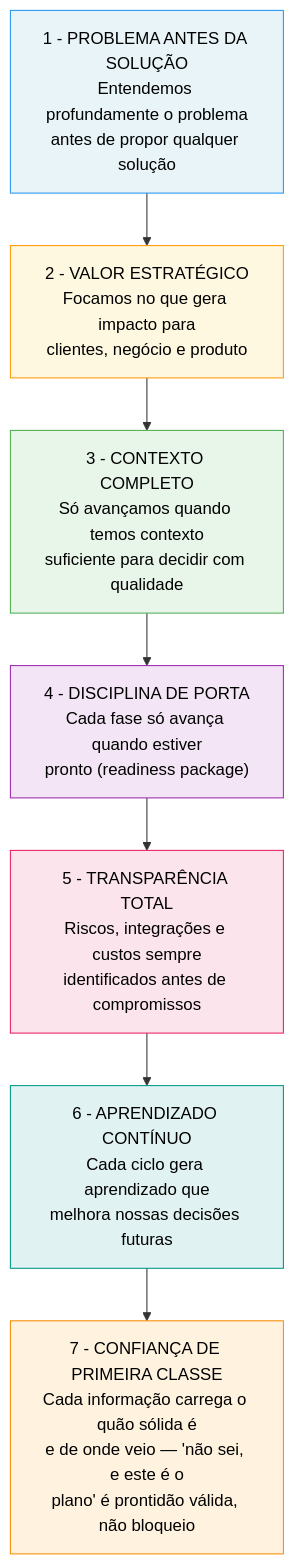
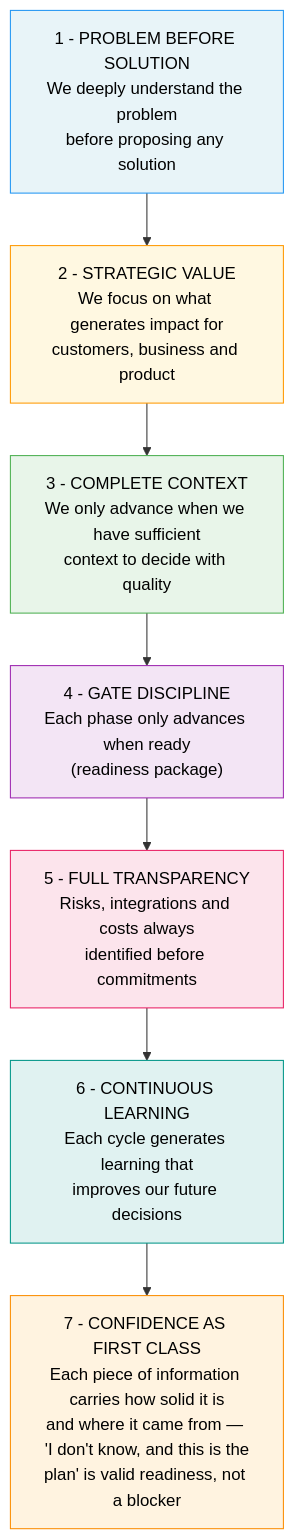
Before and after one commit to hugo-hsbtech/teamwork-process: the tenth of 11 diagrams in README.md, drawn with Mermaid. The commit also changed other lines of this file and 63 other files, not shown here.

````diff
--- a/README.md
+++ b/README.md
@@ -476,20 +476,20 @@
 ```mermaid
 flowchart TD
-    R1["1 - PROBLEMA ANTES DA SOLUÇÃO\nEntendemos profundamente o problema\nantes de propor qualquer solução"]
-    R2["2 - VALOR ESTRATÉGICO\nFocamos no que gera impacto para\nclientes, negócio e produto"]
-    R3["3 - CONTEXTO COMPLETO\nSó avançamos quando temos contexto\nsuficiente para decidir com qualidade"]
-    R4["4 - DISCIPLINA DE PORTA\nCada fase só avança quando estiver\npronto (readiness package)"]
-    R5["5 - TRANSPARÊNCIA TOTAL\nRiscos, integrações e custos sempre\nidentificados antes de compromissos"]
-    R6["6 - APRENDIZADO CONTÍNUO\nCada ciclo gera aprendizado que\nmelhora nossas decisões futuras"]
-    R7["7 - CONFIANÇA DE PRIMEIRA CLASSE\nCada informação carrega o quão sólida é\ne de onde veio — 'não sei, e este é o\nplano' é prontidão válida, não bloqueio"]
+    R1["1 - PROBLEM BEFORE SOLUTION\nWe deeply understand the problem\nbefore proposing any solution"]
+    R2["2 - STRATEGIC VALUE\nWe focus on what generates impact for\ncustomers, business and product"]
+    R3["3 - COMPLETE CONTEXT\nWe only advance when we have sufficient\ncontext to decide with quality"]
+    R4["4 - GATE DISCIPLINE\nEach phase only advances when ready\n(readiness package)"]
+    R5["5 - FULL TRANSPARENCY\nRisks, integrations and costs always\nidentified before commitments"]
+    R6["6 - CONTINUOUS LEARNING\nEach cycle generates learning that\nimproves our future decisions"]
+    R7["7 - CONFIDENCE AS FIRST CLASS\nEach piece of information carries how solid it is\nand where it came from — 'I don't know, and this is the\nplan' is valid readiness, not a blocker"]
 
     R1 --> R2 --> R3 --> R4 --> R5 --> R6 --> R7
 
     style R1 fill:#e8f4f8,stroke:#2196F3,color:#000
     style R2 fill:#fff8e1,stroke:#FF9800,color:#000
     style R3 fill:#e8f5e9,stroke:#4CAF50,color:#000
     style R4 fill:#f3e5f5,stroke:#9C27B0,color:#000
     style R5 fill:#fce4ec,stroke:#E91E63,color:#000
     style R6 fill:#e0f2f1,stroke:#009688,color:#000
     style R7 fill:#fff3e0,stroke:#FB8C00,color:#000
 ```
````
